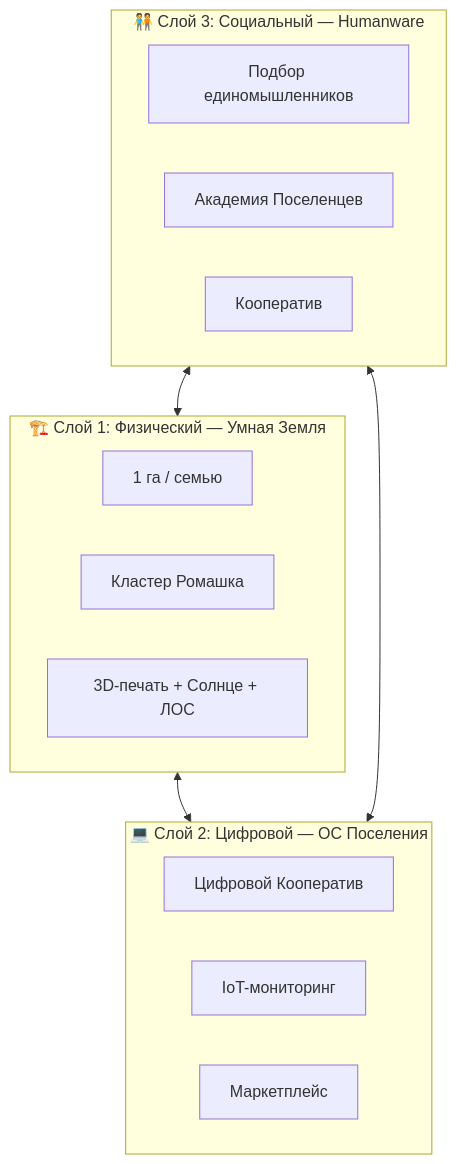
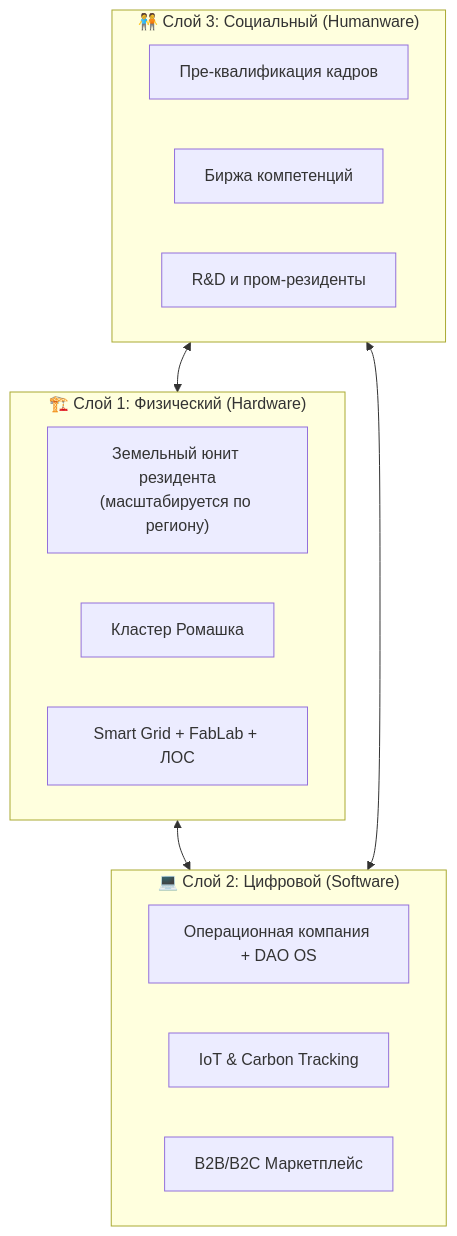
Before and after one commit to NeuroLoft/NEURO-ESTATE: the second of 7 diagrams in ТЭО_Родовое_Поместье_Кейс/ТЭО_Родовое_Поместье_Раздел_3_Описание_концепции.md, drawn with Mermaid. The commit also changed other lines of this file and 30 other files, not shown here.

````diff
--- a/ТЭО_Родовое_Поместье_Кейс/ТЭО_Родовое_Поместье_Раздел_3_Описание_концепции.md
+++ b/ТЭО_Родовое_Поместье_Кейс/ТЭО_Родовое_Поместье_Раздел_3_Описание_концепции.md
@@ -13,21 +89,21 @@
 ```mermaid
 flowchart TB
-    subgraph HW["🏗️ Слой 1: Физический — Умная Земля"]
-        HW1["1 га / семью"]
+    subgraph HW["🏗️ Слой 1: Физический (Hardware)"]
+        HW1["Земельный юнит резидента\n(масштабируется по региону)"]
         HW2["Кластер Ромашка"]
-        HW3["3D-печать + Солнце + ЛОС"]
+        HW3["Smart Grid + FabLab + ЛОС"]
     end
-    subgraph SW["💻 Слой 2: Цифровой — ОС Поселения"]
-        SW1["Цифровой Кооператив"]
-        SW2["IoT-мониторинг"]
-        SW3["Маркетплейс"]
+    subgraph SW["💻 Слой 2: Цифровой (Software)"]
+        SW1["Операционная компания + DAO OS"]
+        SW2["IoT & Carbon Tracking"]
+        SW3["B2B/B2C Маркетплейс"]
     end
-    subgraph SO["🧑‍🤝‍🧑 Слой 3: Социальный — Humanware"]
-        SO1["Подбор единомышленников"]
-        SO2["Академия Поселенцев"]
-        SO3["Кооператив"]
+    subgraph SO["🧑‍🤝‍🧑 Слой 3: Социальный (Humanware)"]
+        SO1["Пре-квалификация кадров"]
+        SO2["Биржа компетенций"]
+        SO3["R&D и пром-резиденты"]
     end
     HW <--> SW
     SW <--> SO
     SO <--> HW
 ```
````
